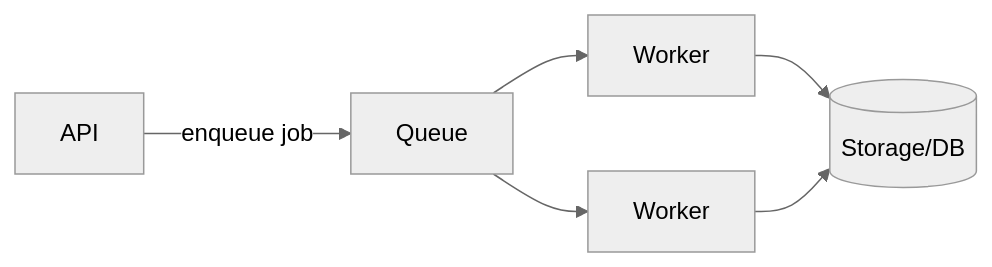
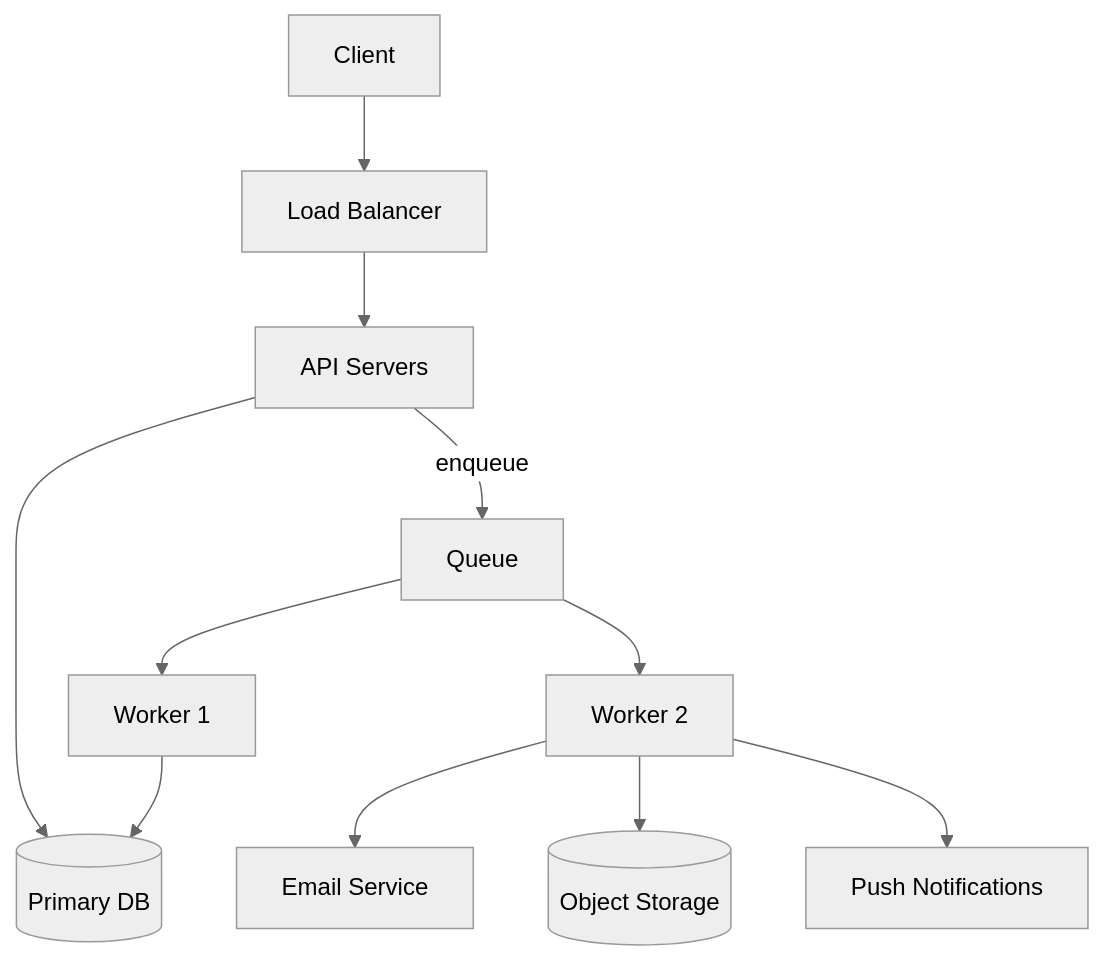
Before and after one commit to saroj990/system-design: the eighth of 9 diagrams in fundamentals/10-queues-async.md, drawn with Mermaid (neutral theme). The commit also changed other lines of this file and 14 other files, not shown here.

````diff
--- a/fundamentals/10-queues-async.md
+++ b/fundamentals/10-queues-async.md
@@ -19,8 +439,13 @@
 ```mermaid
-flowchart LR
-  API -->|enqueue job| Q[Queue]
-  Q --> W1[Worker]
-  Q --> W2[Worker]
-  W1 --> Store[(Storage/DB)]
-  W2 --> Store
+flowchart TB
+  Client[Client] --> LB[Load Balancer]
+  LB --> API[API Servers]
+  API --> DB[(Primary DB)]
+  API -->|enqueue| Q[Queue]
+  Q --> W1[Worker 1]
+  Q --> W2[Worker 2]
+  W1 --> DB
+  W2 --> Email[Email Service]
+  W2 --> S3[(Object Storage)]
+  W2 --> Push[Push Notifications]
 ```
````
